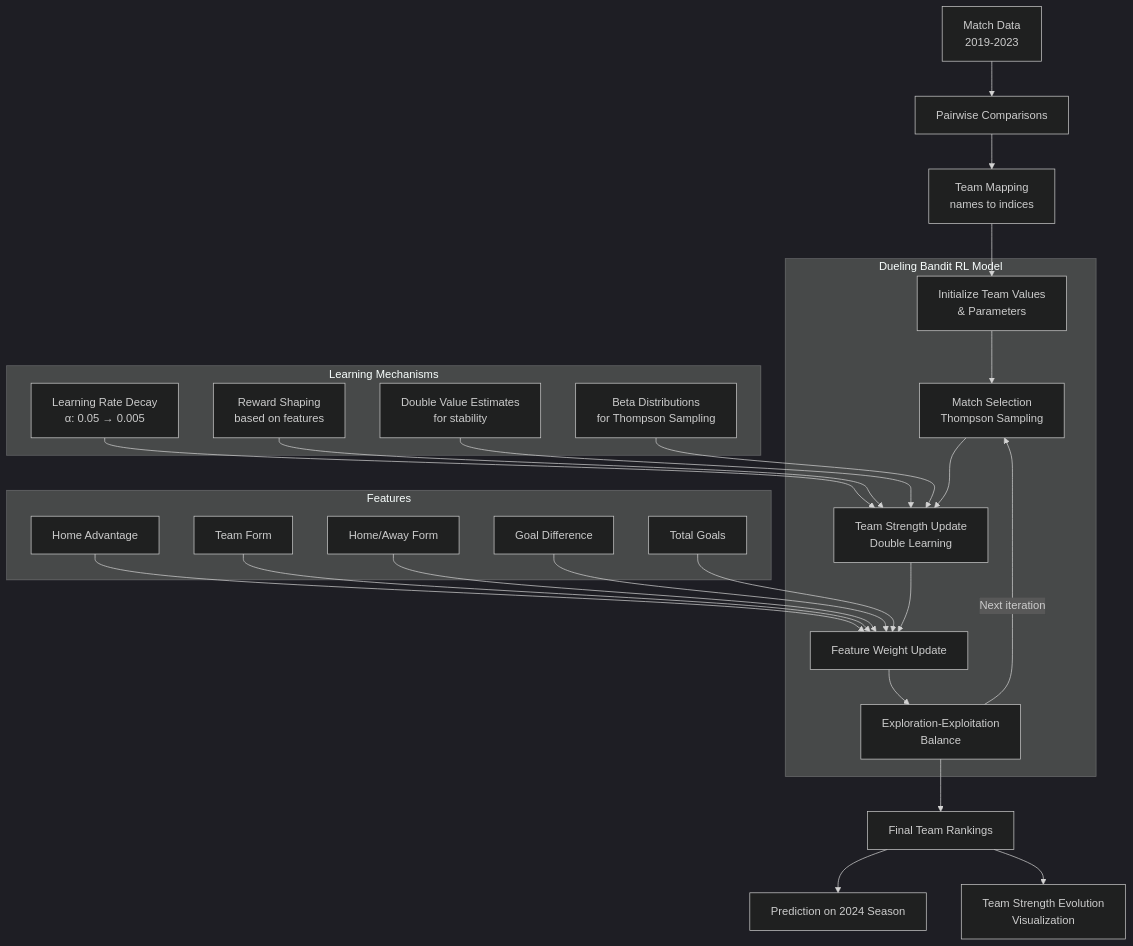
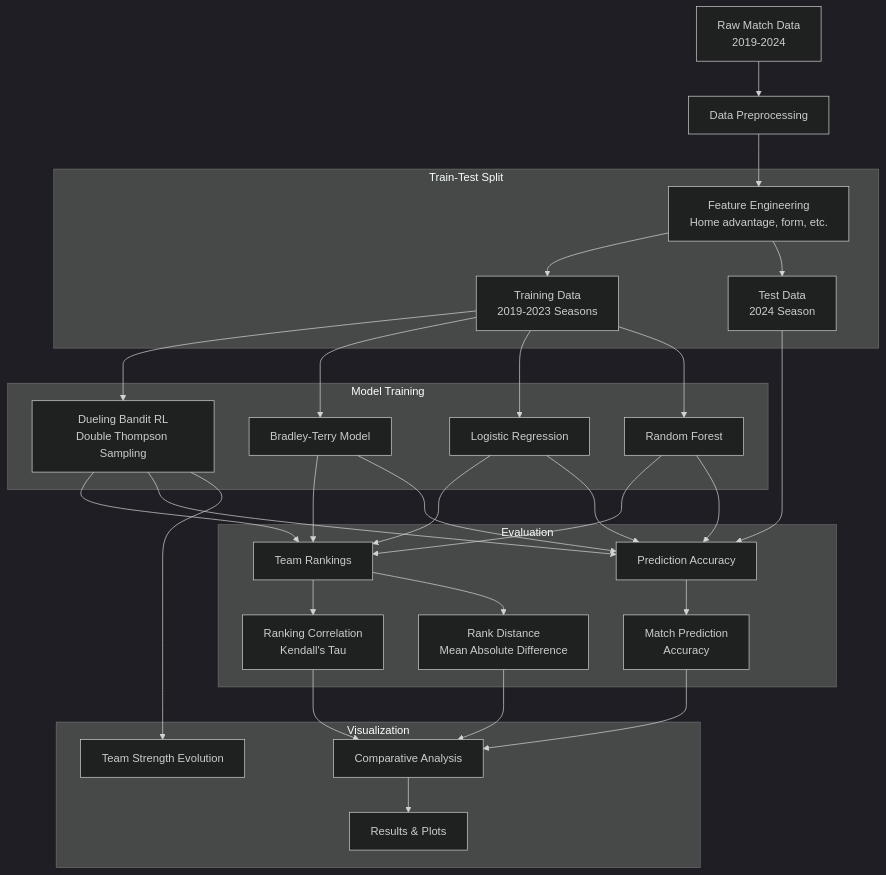
The diagram in README.md (MehdiH7/EliteRL), drawn with Mermaid (dark theme) before and after one commit. The commit also changed other lines of this file, not shown here.

Commit message:
Revise README.md to update the workflow diagram, reflecting changes in data preprocessing, feature engineering, and model training. Enhance evaluation section with detailed metrics for team rankings and match prediction accuracy.

````diff
--- a/README.md
+++ b/README.md
@@ -7,44 +7,42 @@
 ```mermaid
 graph TD
-    A[Match Data<br>2019-2023] --> B[Pairwise Comparisons]
-    B --> C[Team Mapping<br>names to indices]
+    A[Raw Match Data<br>2019-2024] --> B[Data Preprocessing]
+    B --> C[Feature Engineering<br>Home advantage, form, etc.]
     
-    subgraph "Dueling Bandit RL Model"
-        D[Initialize Team Values<br>& Parameters]
-        E[Match Selection<br>Thompson Sampling]
-        F[Team Strength Update<br>Double Learning]
-        G[Feature Weight Update]
-        H[Exploration-Exploitation<br>Balance]
-        
-        D --> E
-        E --> F
-        F --> G
-        G --> H
-        H -->|Next iteration| E
+    subgraph Train-Test Split
+        C --> D1[Training Data<br>2019-2023 Seasons]
+        C --> D2[Test Data<br>2024 Season]
     end
     
-    C --> D
-    
-    subgraph "Features"
-        I1[Home Advantage]
-        I2[Team Form]
-        I3[Home/Away Form]
-        I4[Goal Difference]
-        I5[Total Goals]
-        
-        I1 & I2 & I3 & I4 & I5 --> G
+    subgraph Model Training
+        D1 --> E1[Dueling Bandit RL<br>Double Thompson Sampling]
+        D1 --> E2[Bradley-Terry Model]
+        D1 --> E3[Logistic Regression]
+        D1 --> E4[Random Forest]
     end
     
-    subgraph "Learning Mechanisms"
-        J1[Learning Rate Decay<br>α: 0.05 → 0.005]
-        J2[Reward Shaping<br>based on features]
-        J3[Double Value Estimates<br>for stability]
-        J4[Beta Distributions<br>for Thompson Sampling]
+    subgraph Evaluation
+        E1 --> F1[Team Rankings]
+        E2 --> F1
+        E3 --> F1
+        E4 --> F1
         
-        J1 & J2 & J3 & J4 --> F
+        D2 --> F2[Prediction Accuracy]
+        E1 --> F2
+        E2 --> F2
+        E3 --> F2
+        E4 --> F2
+        
+        F1 --> G[Ranking Correlation<br>Kendall's Tau]
+        F1 --> H[Rank Distance<br>Mean Absolute Difference]
+        F2 --> I[Match Prediction<br>Accuracy]
     end
     
-    H --> K[Final Team Rankings]
-    K --> L[Prediction on 2024 Season]
-    K --> M[Team Strength Evolution<br>Visualization]
+    subgraph Visualization
+        G --> J[Comparative Analysis]
+        H --> J
+        I --> J
+        E1 --> K[Team Strength Evolution]
+        J --> L[Results & Plots]
+    end
 ```
````
